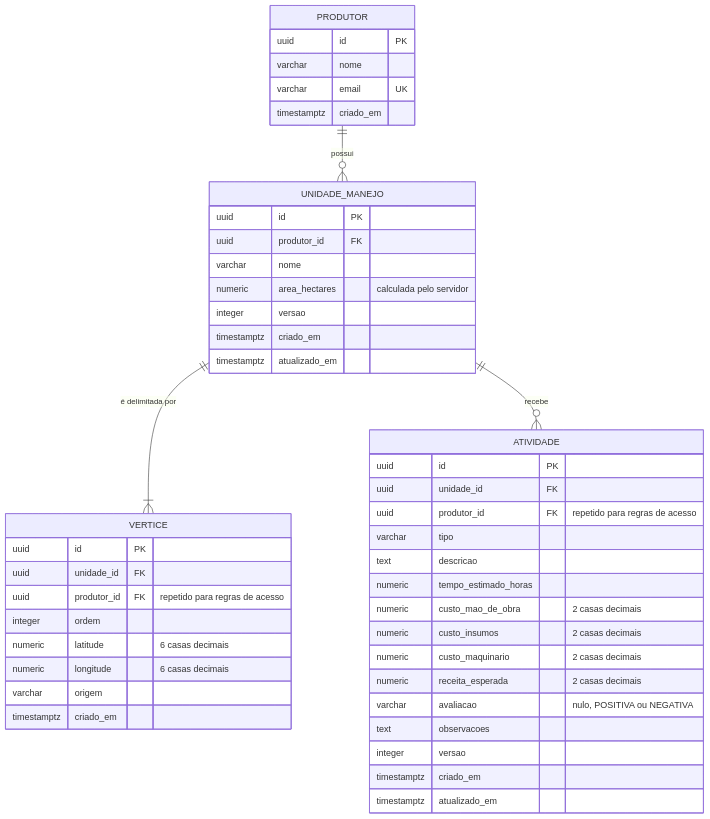
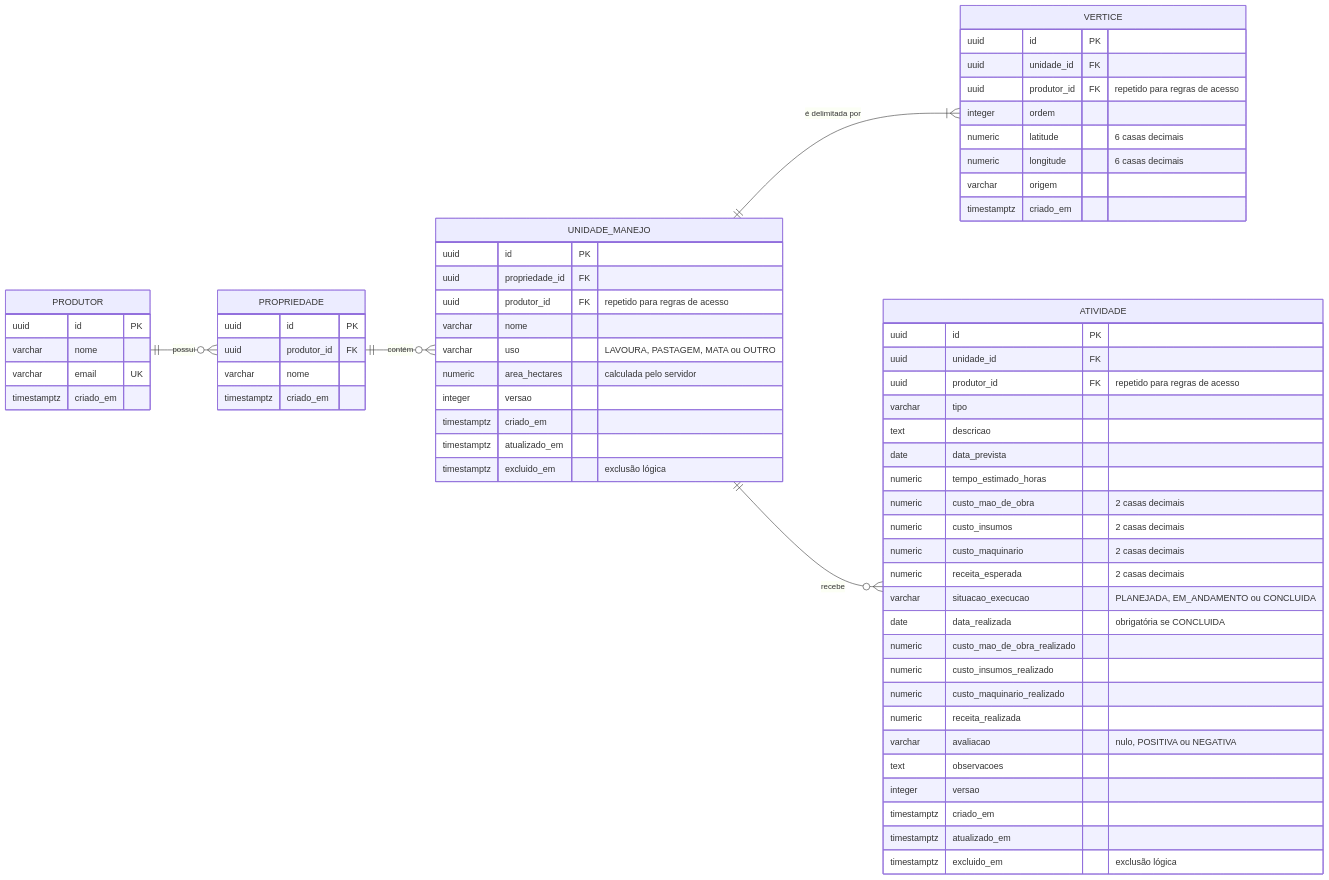
The diagram in entrega-basica/diagramas/modelo-er.mmd (rpomar/AgroManejo), drawn with Mermaid before and after one commit. The commit also changed 30 other files, not shown here.

```diff
--- a/entrega-basica/diagramas/modelo-er.mmd
+++ b/entrega-basica/diagramas/modelo-er.mmd
@@ -1,47 +1,66 @@
 erDiagram
-    PRODUTOR ||--o{ UNIDADE_MANEJO : "possui"
+    direction LR
+    PRODUTOR ||--o{ PROPRIEDADE : "possui"
+    PROPRIEDADE ||--o{ UNIDADE_MANEJO : "contém"
     UNIDADE_MANEJO ||--|{ VERTICE : "é delimitada por"
     UNIDADE_MANEJO ||--o{ ATIVIDADE : "recebe"
 
     PRODUTOR {
         uuid id PK
         varchar nome
         varchar email UK
         timestamptz criado_em
     }
-    UNIDADE_MANEJO {
+    PROPRIEDADE {
         uuid id PK
         uuid produtor_id FK
         varchar nome
+        timestamptz criado_em
+    }
+    UNIDADE_MANEJO {
+        uuid id PK
+        uuid propriedade_id FK
+        uuid produtor_id FK "repetido para regras de acesso"
+        varchar nome
+        varchar uso "LAVOURA, PASTAGEM, MATA ou OUTRO"
         numeric area_hectares "calculada pelo servidor"
         integer versao
         timestamptz criado_em
         timestamptz atualizado_em
+        timestamptz excluido_em "exclusão lógica"
     }
     VERTICE {
         uuid id PK
         uuid unidade_id FK
         uuid produtor_id FK "repetido para regras de acesso"
         integer ordem
         numeric latitude "6 casas decimais"
         numeric longitude "6 casas decimais"
         varchar origem
         timestamptz criado_em
     }
     ATIVIDADE {
         uuid id PK
         uuid unidade_id FK
         uuid produtor_id FK "repetido para regras de acesso"
         varchar tipo
         text descricao
+        date data_prevista
         numeric tempo_estimado_horas
         numeric custo_mao_de_obra "2 casas decimais"
         numeric custo_insumos "2 casas decimais"
         numeric custo_maquinario "2 casas decimais"
         numeric receita_esperada "2 casas decimais"
+        varchar situacao_execucao "PLANEJADA, EM_ANDAMENTO ou CONCLUIDA"
+        date data_realizada "obrigatória se CONCLUIDA"
+        numeric custo_mao_de_obra_realizado
+        numeric custo_insumos_realizado
+        numeric custo_maquinario_realizado
+        numeric receita_realizada
         varchar avaliacao "nulo, POSITIVA ou NEGATIVA"
         text observacoes
         integer versao
         timestamptz criado_em
         timestamptz atualizado_em
+        timestamptz excluido_em "exclusão lógica"
     }
```
